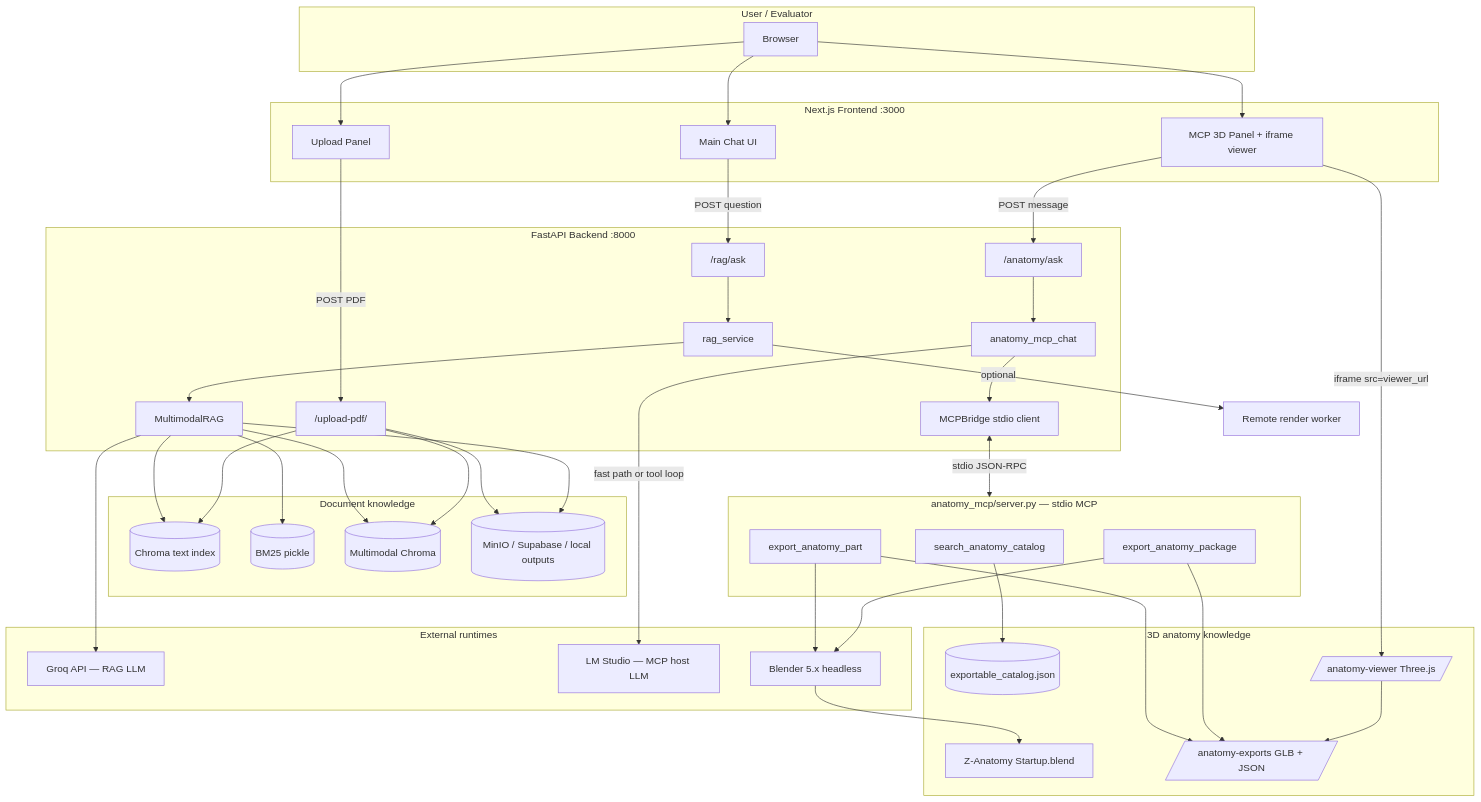
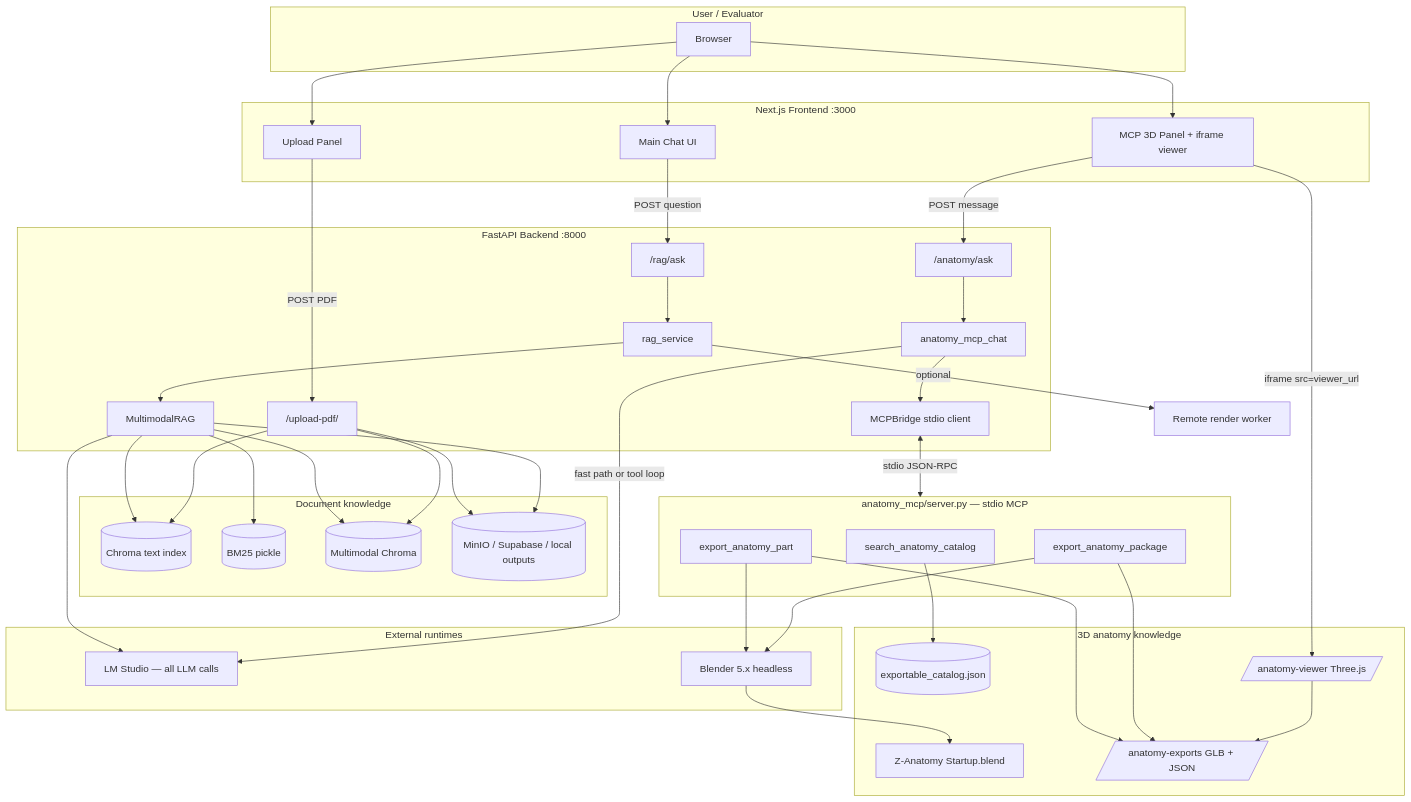
One commit to AdarshRajDS/ThesisBackend changed the second of 9 diagrams in docs/THESIS_SYSTEM_DESIGN_AND_MCP.md. Above: the diagram before and after it, drawn with Mermaid. The commit also changed other lines of this file and 19 other files, not shown here.

````diff
--- a/docs/THESIS_SYSTEM_DESIGN_AND_MCP.md
+++ b/docs/THESIS_SYSTEM_DESIGN_AND_MCP.md
@@ -257,70 +257,69 @@
 ```mermaid
 flowchart TB
     subgraph User["User / Evaluator"]
         U1[Browser]
     end
 
     subgraph Frontend["Next.js Frontend :3000"]
         Chat[Main Chat UI]
         Upload[Upload Panel]
         MCPPanel[MCP 3D Panel + iframe viewer]
     end
 
     subgraph Backend["FastAPI Backend :8000"]
         RAGRoute["/rag/ask"]
         UploadRoute["/upload-pdf/"]
         MCPRoute["/anatomy/ask"]
         RAGSvc[rag_service]
         RAGEngine[MultimodalRAG]
         MCPChat[anatomy_mcp_chat]
         MCPBridge[MCPBridge stdio client]
     end
 
     subgraph RAGData["Document knowledge"]
         Chroma[(Chroma text index)]
         BM25[(BM25 pickle)]
         MMChroma[(Multimodal Chroma)]
         MinIO[(MinIO / Supabase / local outputs)]
     end
 
     subgraph MCPData["3D anatomy knowledge"]
         Catalog[(exportable_catalog.json)]
         Blend[Z-Anatomy Startup.blend]
         Exports[/anatomy-exports GLB + JSON/]
         Viewer[/anatomy-viewer Three.js/]
     end
 
     subgraph External["External runtimes"]
-        Groq[Groq API — RAG LLM]
-        LMStudio[LM Studio — MCP host LLM]
+        LMStudio[LM Studio — all LLM calls]
         Blender[Blender 5.x headless]
     end
 
     subgraph MCPServer["anatomy_mcp/server.py — stdio MCP"]
         SearchTool[search_anatomy_catalog]
         ExportPart[export_anatomy_part]
         ExportPkg[export_anatomy_package]
     end
 
     U1 --> Chat & Upload & MCPPanel
     Chat -->|POST question| RAGRoute
     Upload -->|POST PDF| UploadRoute
     MCPPanel -->|POST message| MCPRoute
 
     RAGRoute --> RAGSvc --> RAGEngine
     RAGEngine --> Chroma & BM25 & MMChroma
-    RAGEngine --> Groq
+    RAGEngine --> LMStudio
     UploadRoute --> Chroma & MMChroma & MinIO
     RAGEngine --> MinIO
     RAGSvc -->|optional| RenderWorker[Remote render worker]
 
     MCPRoute --> MCPChat --> MCPBridge
     MCPChat -->|fast path or tool loop| LMStudio
     MCPBridge <-->|stdio JSON-RPC| MCPServer
     SearchTool --> Catalog
     ExportPart & ExportPkg --> Blender
     Blender --> Blend
     ExportPart & ExportPkg --> Exports
     MCPPanel -->|iframe src=viewer_url| Viewer
     Viewer --> Exports
 ```
````
